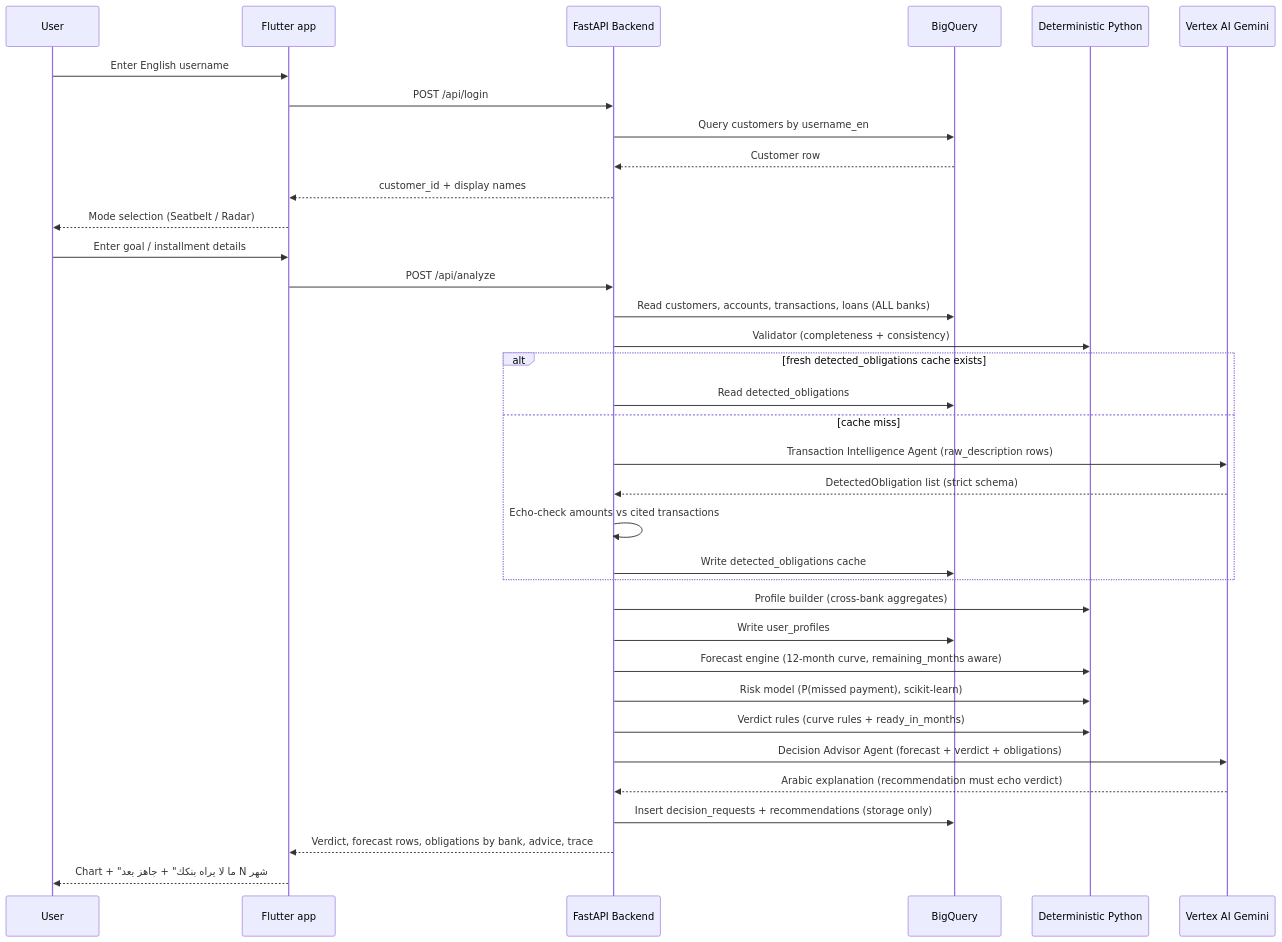
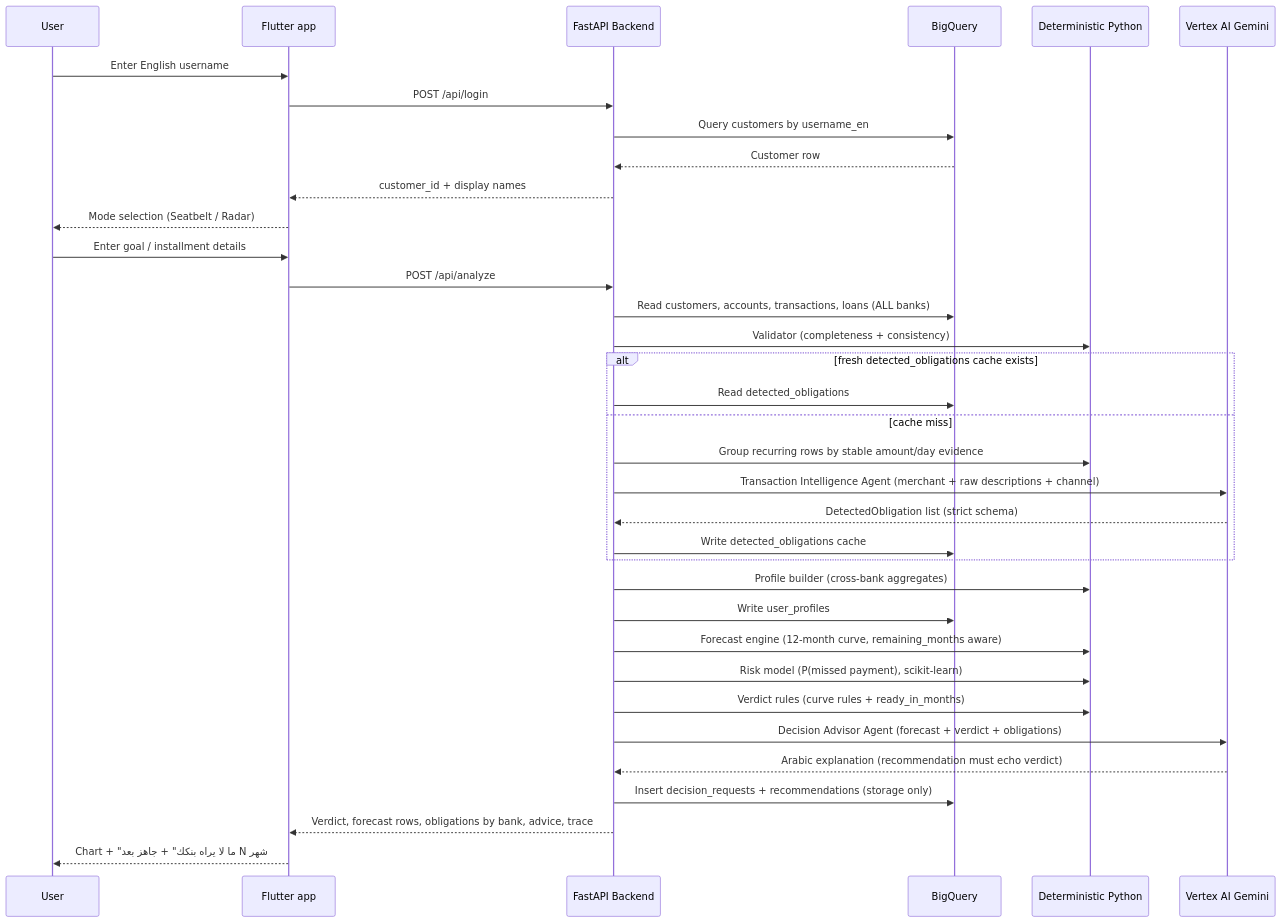
Before and after one commit to krrizzer/edraak: the first of 2 diagrams in User-Workflow.md, drawn with Mermaid. The commit also changed other lines of this file and 70 other files, not shown here.

````diff
--- a/User-Workflow.md
+++ b/User-Workflow.md
@@ -5,44 +5,44 @@
 ```mermaid
 sequenceDiagram
     participant U as User
     participant UI as Flutter app
     participant API as FastAPI Backend
     participant BQ as BigQuery
     participant Det as Deterministic Python
     participant Gemini as Vertex AI Gemini
 
     U->>UI: Enter English username
     UI->>API: POST /api/login
     API->>BQ: Query customers by username_en
     BQ-->>API: Customer row
     API-->>UI: customer_id + display names
     UI-->>U: Mode selection (Seatbelt / Radar)
 
     U->>UI: Enter goal / installment details
     UI->>API: POST /api/analyze
 
     API->>BQ: Read customers, accounts, transactions, loans (ALL banks)
     API->>Det: Validator (completeness + consistency)
 
     alt fresh detected_obligations cache exists
         API->>BQ: Read detected_obligations
     else cache miss
-        API->>Gemini: Transaction Intelligence Agent (raw_description rows)
+        API->>Det: Group recurring rows by stable amount/day evidence
+        API->>Gemini: Transaction Intelligence Agent (merchant + raw descriptions + channel)
         Gemini-->>API: DetectedObligation list (strict schema)
-        API->>API: Echo-check amounts vs cited transactions
         API->>BQ: Write detected_obligations cache
     end
 
     API->>Det: Profile builder (cross-bank aggregates)
     API->>BQ: Write user_profiles
     API->>Det: Forecast engine (12-month curve, remaining_months aware)
     API->>Det: Risk model (P(missed payment), scikit-learn)
     API->>Det: Verdict rules (curve rules + ready_in_months)
 
     API->>Gemini: Decision Advisor Agent (forecast + verdict + obligations)
     Gemini-->>API: Arabic explanation (recommendation must echo verdict)
 
     API->>BQ: Insert decision_requests + recommendations (storage only)
     API-->>UI: Verdict, forecast rows, obligations by bank, advice, trace
     UI-->>U: Chart + "ما لا يراه بنكك" + جاهز بعد N شهر
 ```
````
